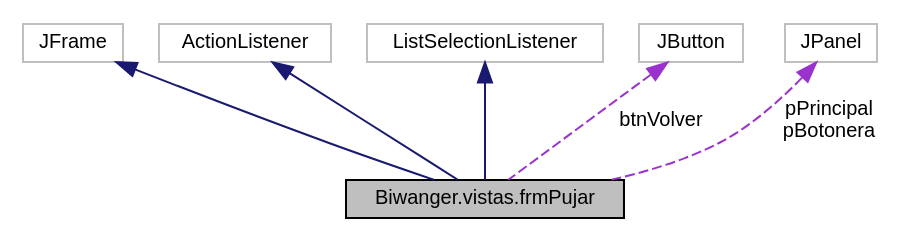
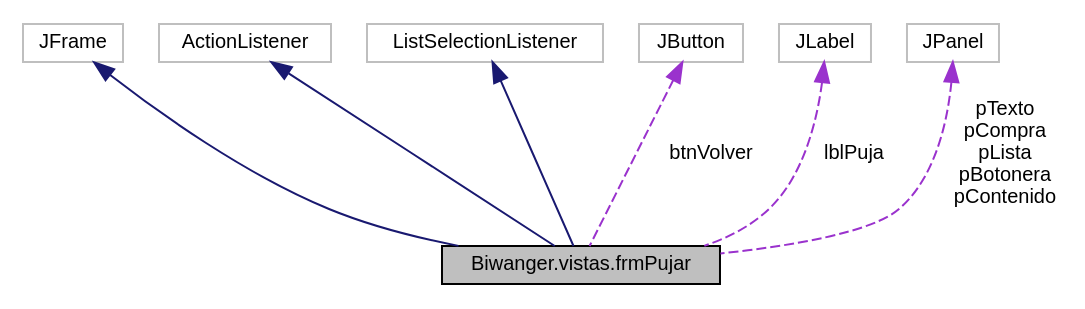
The diagram in docs/class_biwanger_1_1vistas_1_1frm_pujar__coll__graph.dot (nagorecb/BiwangerCliente), drawn with Graphviz before and after one commit. The commit also changed 177 other files, not shown here.

```diff
--- a/docs/class_biwanger_1_1vistas_1_1frm_pujar__coll__graph.dot
+++ b/docs/class_biwanger_1_1vistas_1_1frm_pujar__coll__graph.dot
@@ -1,17 +1,19 @@
 digraph "Biwanger.vistas.frmPujar"
 {
  // LATEX_PDF_SIZE
   edge [fontname="Helvetica",fontsize="10",labelfontname="Helvetica",labelfontsize="10"];
   node [fontname="Helvetica",fontsize="10",shape=record];
   Node1 [label="Biwanger.vistas.frmPujar",height=0.2,width=0.4,color="black", fillcolor="grey75", style="filled", fontcolor="black",tooltip=" "];
   Node2 -> Node1 [dir="back",color="midnightblue",fontsize="10",style="solid",fontname="Helvetica"];
   Node2 [label="JFrame",height=0.2,width=0.4,color="grey75", fillcolor="white", style="filled",tooltip=" "];
   Node3 -> Node1 [dir="back",color="midnightblue",fontsize="10",style="solid",fontname="Helvetica"];
   Node3 [label="ActionListener",height=0.2,width=0.4,color="grey75", fillcolor="white", style="filled",tooltip=" "];
   Node4 -> Node1 [dir="back",color="midnightblue",fontsize="10",style="solid",fontname="Helvetica"];
   Node4 [label="ListSelectionListener",height=0.2,width=0.4,color="grey75", fillcolor="white", style="filled",tooltip=" "];
   Node5 -> Node1 [dir="back",color="darkorchid3",fontsize="10",style="dashed",label=" btnVolver" ,fontname="Helvetica"];
   Node5 [label="JButton",height=0.2,width=0.4,color="grey75", fillcolor="white", style="filled",tooltip=" "];
-  Node6 -> Node1 [dir="back",color="darkorchid3",fontsize="10",style="dashed",label=" pPrincipal\npBotonera" ,fontname="Helvetica"];
-  Node6 [label="JPanel",height=0.2,width=0.4,color="grey75", fillcolor="white", style="filled",tooltip=" "];
+  Node6 -> Node1 [dir="back",color="darkorchid3",fontsize="10",style="dashed",label=" lblPuja" ,fontname="Helvetica"];
+  Node6 [label="JLabel",height=0.2,width=0.4,color="grey75", fillcolor="white", style="filled",tooltip=" "];
+  Node7 -> Node1 [dir="back",color="darkorchid3",fontsize="10",style="dashed",label=" pTexto\npCompra\npLista\npBotonera\npContenido" ,fontname="Helvetica"];
+  Node7 [label="JPanel",height=0.2,width=0.4,color="grey75", fillcolor="white", style="filled",tooltip=" "];
 }
```
